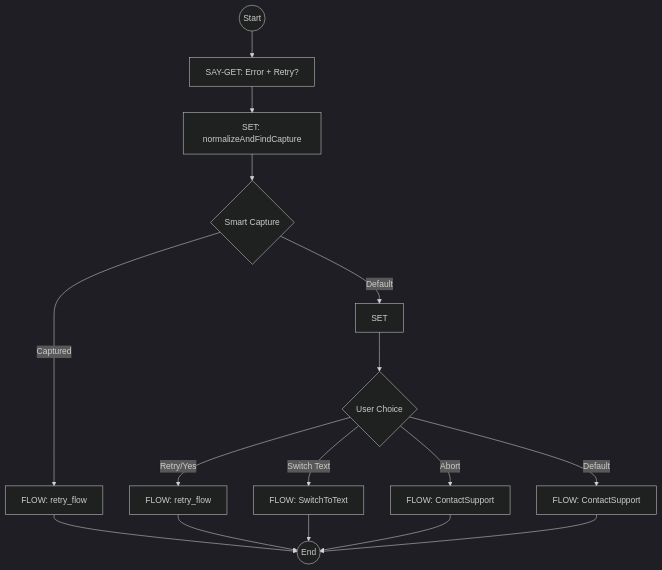
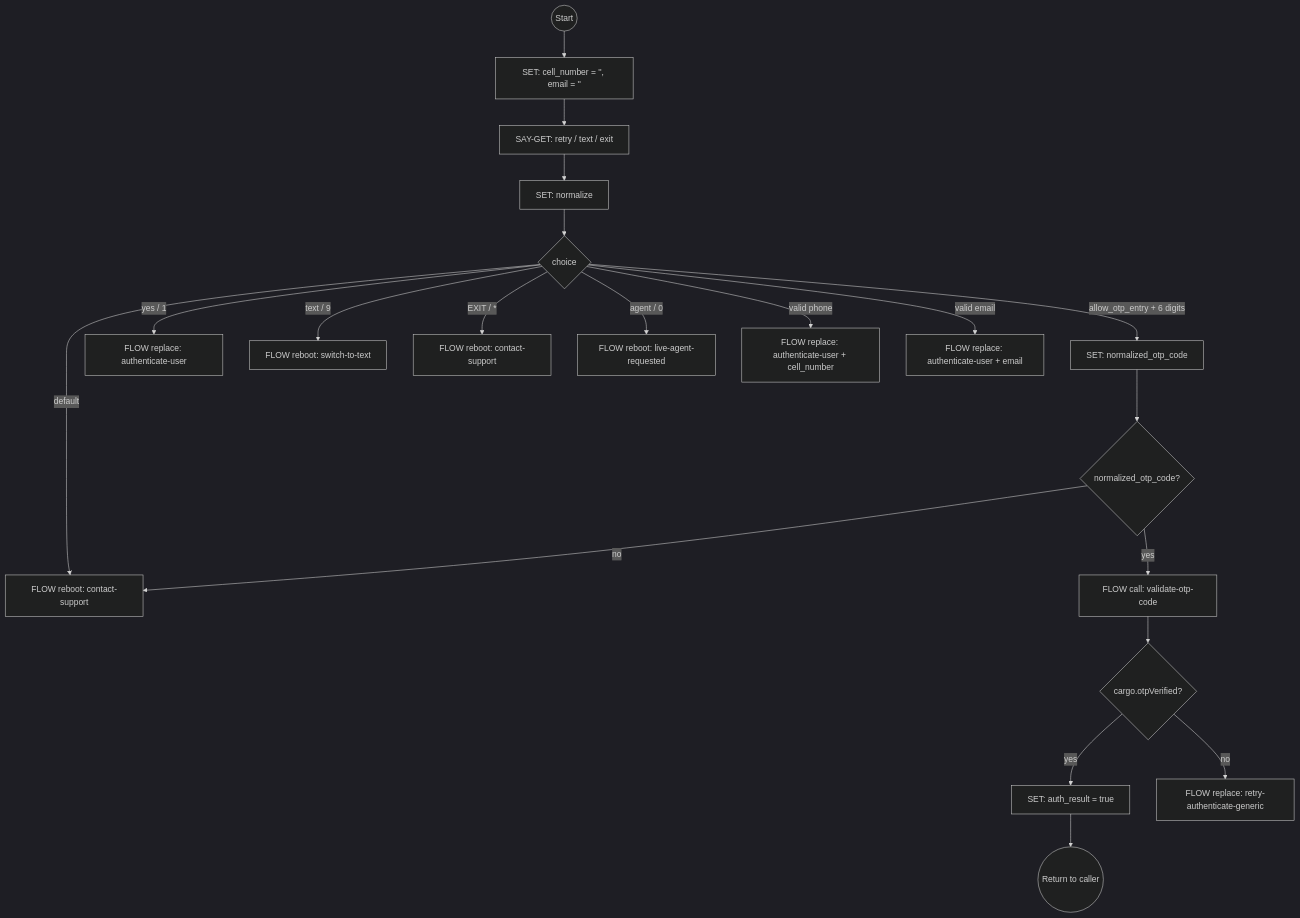
Before and after one commit to ronpinkas/jsfe: the tenth of 11 diagrams in docs/system-flows.md, drawn with Mermaid (dark theme). The commit also changed other lines of this file and 3 other files, not shown here.

````diff
--- a/docs/system-flows.md
+++ b/docs/system-flows.md
@@ -282,21 +462,22 @@
 ```mermaid
 graph TD
-    start((Start)) --> say_error_and_prompt[SAY-GET: Error + Retry?]
-    say_error_and_prompt --> check_smart_capture[SET: normalizeAndFindCapture]
-    check_smart_capture --> handle_smart_capture{Smart Capture}
-    
-    handle_smart_capture -->|Captured| reboot_with_captured_value[FLOW: retry_flow]
-    handle_smart_capture -->|Default| normalize_choice[SET]
-    
-    normalize_choice --> handle_choice{User Choice}
-    handle_choice -->|Retry/Yes| do_retry[FLOW: retry_flow]
-    handle_choice -->|Switch Text| do_switch_text[FLOW: SwitchToText]
-    handle_choice -->|Abort| do_abort[FLOW: ContactSupport]
-    handle_choice -->|Default| do_cancel[FLOW: ContactSupport]
-    
-    reboot_with_captured_value --> stop((End))
-    do_retry --> stop
-    do_switch_text --> stop
-    do_abort --> stop
-    do_cancel --> stop
+    start((Start)) --> clear_variables[SET: cell_number = '', email = '']
+    clear_variables --> retry_msg[SAY-GET: retry / text / exit]
+    retry_msg --> normalize_user_choice[SET: normalize]
+    normalize_user_choice --> handle_choice{choice}
+    handle_choice -->|allow_otp_entry + 6 digits| treat_as_otp_entry[SET: normalized_otp_code]
+    handle_choice -->|yes / 1| retry_authenticate[FLOW replace: authenticate-user]
+    handle_choice -->|text / 9| switch_to_text[FLOW reboot: switch-to-text]
+    handle_choice -->|EXIT / *| abort_process[FLOW reboot: contact-support]
+    handle_choice -->|agent / 0| goto_live_agent[FLOW reboot: live-agent-requested]
+    handle_choice -->|valid phone| phone_retry[FLOW replace: authenticate-user + cell_number]
+    handle_choice -->|valid email| email_retry[FLOW replace: authenticate-user + email]
+    handle_choice -->|default| provide_contact_info_default[FLOW reboot: contact-support]
+    treat_as_otp_entry --> check_and_validate_otp{normalized_otp_code?}
+    check_and_validate_otp -->|yes| validate_otp[FLOW call: validate-otp-code]
+    check_and_validate_otp -->|no| provide_contact_info_default
+    validate_otp --> check_validation_result{cargo.otpVerified?}
+    check_validation_result -->|yes| auth_success[SET: auth_result = true]
+    check_validation_result -->|no| auth_failed_again[FLOW replace: retry-authenticate-generic]
+    auth_success --> stop((Return to caller))
 ```
````
